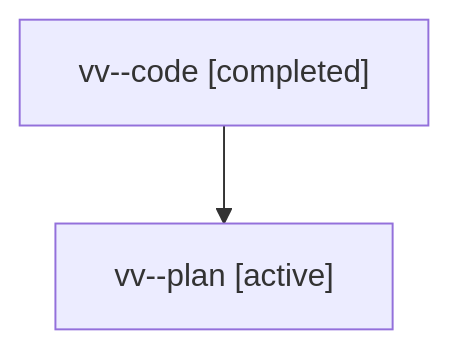
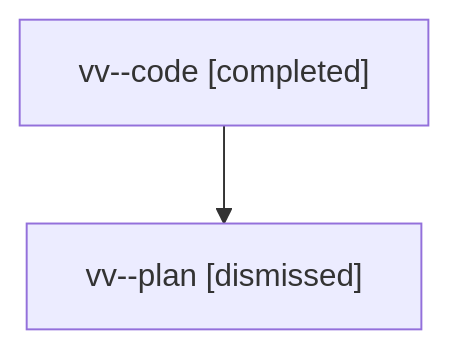
The diagram in sessions/bbugyi200.athena.vv.md (bobs-org/bob-cli--agents), drawn with Mermaid before and after one commit. The commit also changed other lines of this file and 33 other files, not shown here.

````diff
--- a/sessions/bbugyi200.athena.vv.md
+++ b/sessions/bbugyi200.athena.vv.md
@@ -9,6 +9,6 @@
 ```mermaid
 flowchart TD
   n0["vv--code [completed]"]
-  n1["vv--plan [active]"]
+  n1["vv--plan [dismissed]"]
   n0 --> n1
 ```
````
